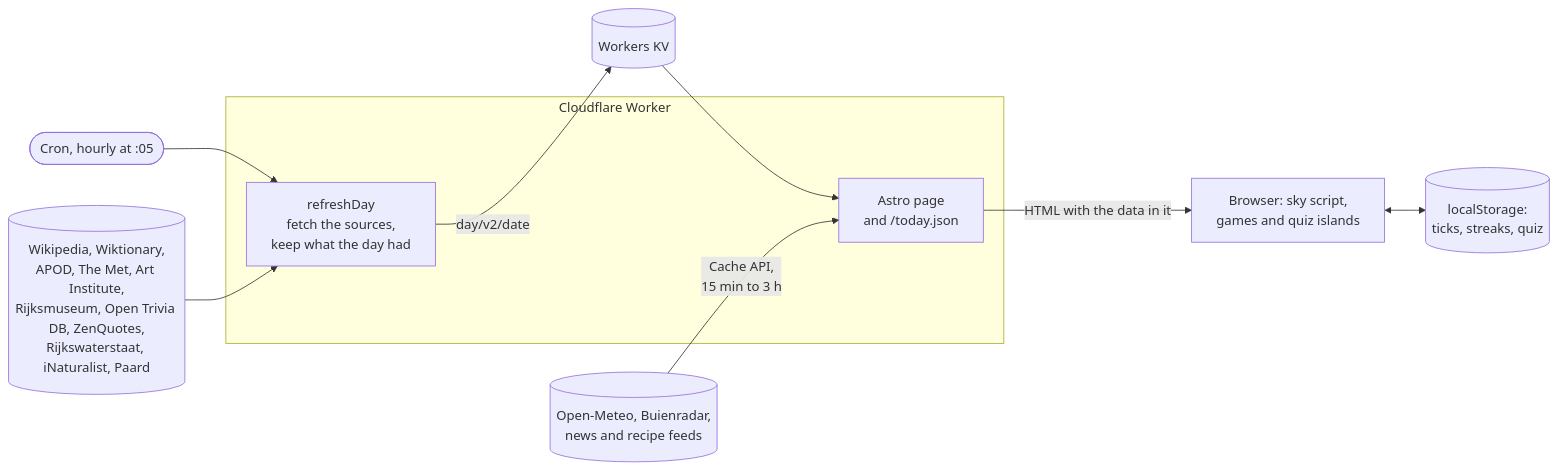
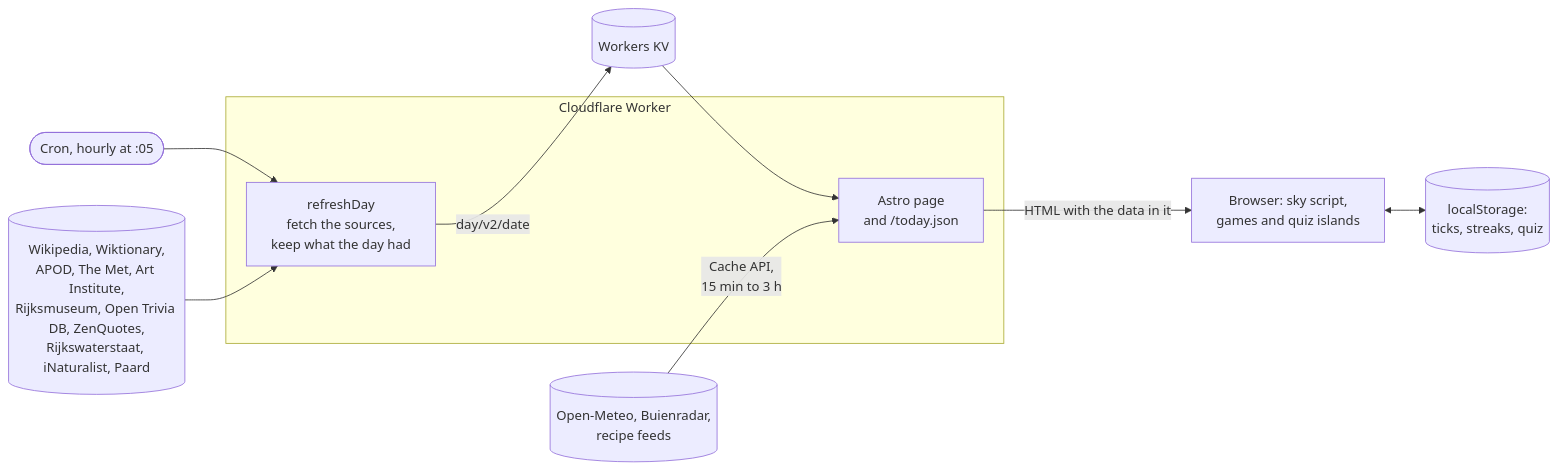
The diagram in README.md (simonvanlierde/duinlab-today), drawn with Mermaid before and after one commit. The commit also changed other lines of this file and 11 other files, not shown here.

````diff
--- a/README.md
+++ b/README.md
@@ -11,14 +11,14 @@
 ```mermaid
 flowchart LR
   cron(["Cron, hourly at :05"]) --> build
   subgraph worker["Cloudflare Worker"]
     build["refreshDay<br/>fetch the sources,<br/>keep what the day had"]
     page["Astro page<br/>and /today.json"]
   end
   sources[("Wikipedia, Wiktionary,<br/>APOD, The Met, Art Institute,<br/>Rijksmuseum, Open Trivia DB, ZenQuotes,<br/>Rijkswaterstaat, iNaturalist, Paard")] --> build
   build -- "day/v2/date" --> kv[("Workers KV")]
   kv --> page
-  live[("Open-Meteo, Buienradar,<br/>news and recipe feeds")] -- "Cache API,<br/>15 min to 3 h" --> page
+  live[("Open-Meteo, Buienradar,<br/>recipe feeds")] -- "Cache API,<br/>15 min to 3 h" --> page
   page -- "HTML with the data in it" --> browser["Browser: sky script,<br/>games and quiz islands"]
   browser <--> ls[("localStorage:<br/>ticks, streaks, quiz")]
 ```
````
